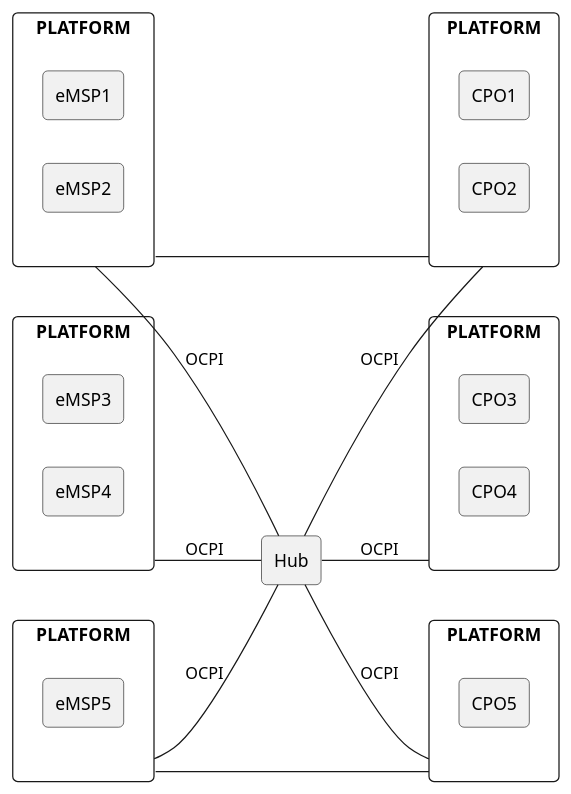
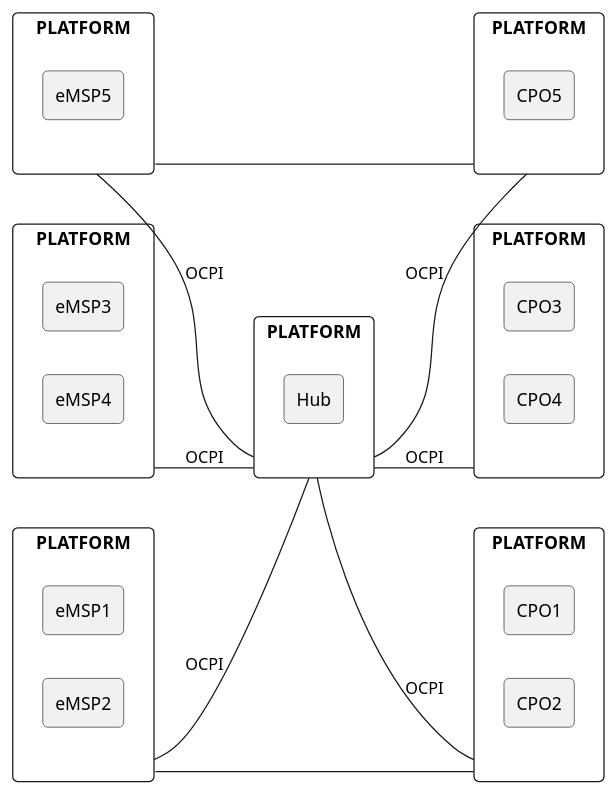
Before and after one commit to ocpi/ocpi: the diagram in plantuml/architecture_hub_and_direct.plantuml, drawn with PlantUML. The commit also changed 1 other file, not shown here.

Commit message:
Added platform to hub topology diagram

```diff
--- a/plantuml/architecture_hub_and_direct.plantuml
+++ b/plantuml/architecture_hub_and_direct.plantuml
@@ -1,53 +1,55 @@
 @startuml
 
 skinparam agent {
 	roundCorner 8
 }
 
 skinparam rectangle {
 	roundCorner 8
 }
 
 left to right direction
 
 rectangle PLATFORM as MSP1 {
   agent eMSP1
   agent eMSP2
 }
 
 rectangle PLATFORM as MSP2 {
   agent eMSP3
   agent eMSP4
 }
 
 rectangle PLATFORM as MSP3 {
   agent eMSP5
 }
 
 rectangle PLATFORM as CPOP1 {
   agent CPO1
   agent CPO2
 }
 
 rectangle PLATFORM as CPOP2 {
   agent CPO3
   agent CPO4
 }
 
 rectangle PLATFORM as CPOP3 {
   agent CPO5
 }
 
-agent Hub
+rectangle PLATFORM as HUB_PLATFORM {
+  agent Hub
+}
 
-MSP1--Hub: OCPI
-MSP2--Hub: OCPI
-MSP3--Hub: OCPI
-Hub--CPOP1: OCPI
-Hub--CPOP2: OCPI
-Hub--CPOP3: OCPI
+MSP1--HUB_PLATFORM: OCPI
+MSP2--HUB_PLATFORM: OCPI
+MSP3--HUB_PLATFORM: OCPI
+HUB_PLATFORM--CPOP1: OCPI
+HUB_PLATFORM--CPOP2: OCPI
+HUB_PLATFORM--CPOP3: OCPI
 
 MSP1--CPOP1
 MSP3--CPOP3
 
 @enduml
```
